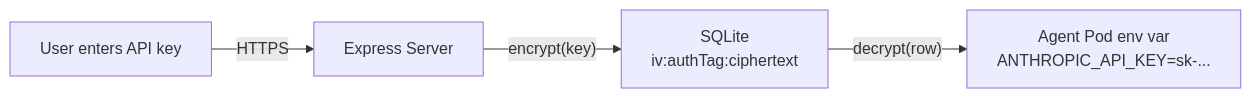
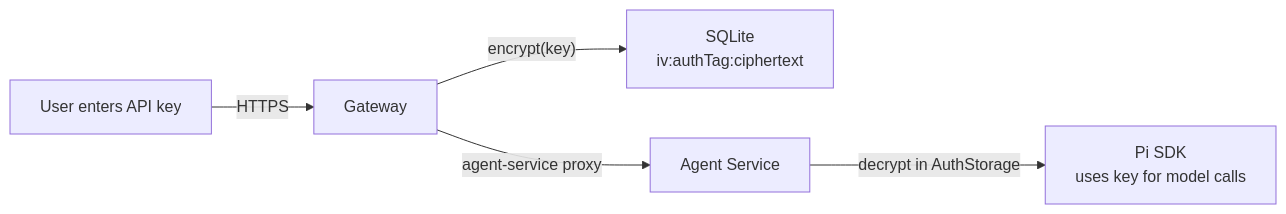
One commit to sigilmakes/goldilocks-app changed the diagram in docs/architecture/security.md. Above: the diagram before and after it, drawn with Mermaid. The commit also changed other lines of this file and 7 other files, not shown here.

First line of the commit message:
docs: rewrite architecture docs for agent-service topology

````diff
--- a/docs/architecture/security.md
+++ b/docs/architecture/security.md
@@ -13,6 +13,7 @@
 ```mermaid
 graph LR
-    User["User enters API key"] -->|"HTTPS"| Server["Express Server"]
-    Server -->|"encrypt(key)"| DB["SQLite<br/>iv:authTag:ciphertext"]
-    DB -->|"decrypt(row)"| Pod["Agent Pod env var<br/>ANTHROPIC_API_KEY=sk-..."]
+    User["User enters API key"] -->|"HTTPS"| Gateway["Gateway"]
+    Gateway -->|"encrypt(key)"| DB["SQLite<br/>iv:authTag:ciphertext"]
+    Gateway -->|"agent-service proxy"| AgentService["Agent Service"]
+    AgentService -->|"decrypt in AuthStorage"| SDK["Pi SDK<br/>uses key for model calls"]
 ```
````
